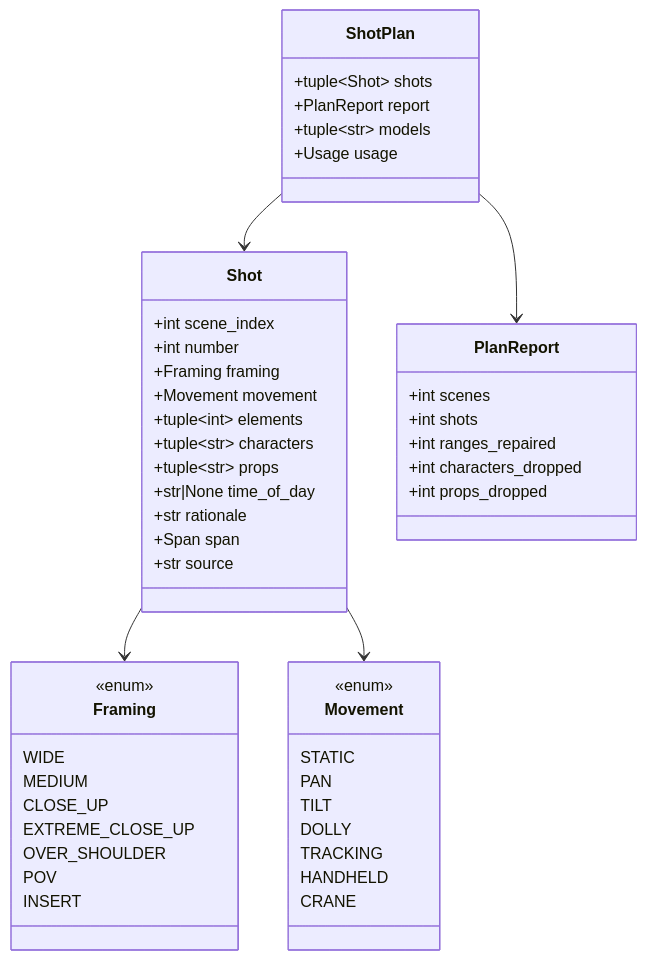
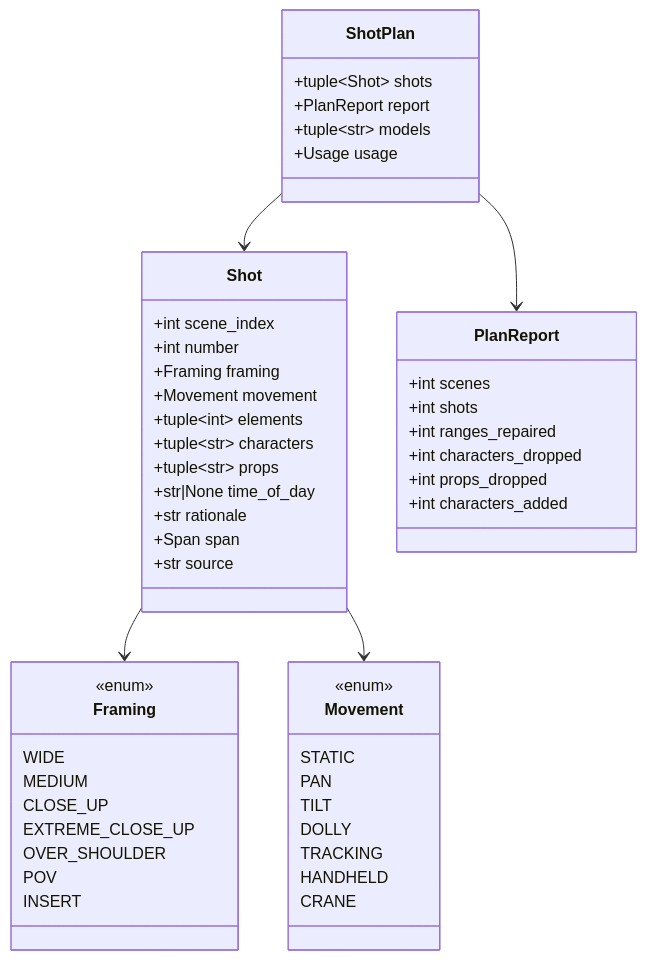
Before and after one commit to Katlego-tech/Panelwise: the first of 2 diagrams in docs/design/shots.md, drawn with Mermaid. The commit also changed other lines of this file, not shown here.

````diff
--- a/docs/design/shots.md
+++ b/docs/design/shots.md
@@ -31,53 +31,54 @@
 ```mermaid
 classDiagram
     class ShotPlan {
         +tuple~Shot~ shots
         +PlanReport report
         +tuple~str~ models
         +Usage usage
     }
     class Shot {
         +int scene_index
         +int number
         +Framing framing
         +Movement movement
         +tuple~int~ elements
         +tuple~str~ characters
         +tuple~str~ props
         +str|None time_of_day
         +str rationale
         +Span span
         +str source
     }
     class PlanReport {
         +int scenes
         +int shots
         +int ranges_repaired
         +int characters_dropped
         +int props_dropped
+        +int characters_added
     }
     class Framing {
         <<enum>>
         WIDE
         MEDIUM
         CLOSE_UP
         EXTREME_CLOSE_UP
         OVER_SHOULDER
         POV
         INSERT
     }
     class Movement {
         <<enum>>
         STATIC
         PAN
         TILT
         DOLLY
         TRACKING
         HANDHELD
         CRANE
     }
     ShotPlan --> Shot
     ShotPlan --> PlanReport
     Shot --> Framing
     Shot --> Movement
 ```
````
